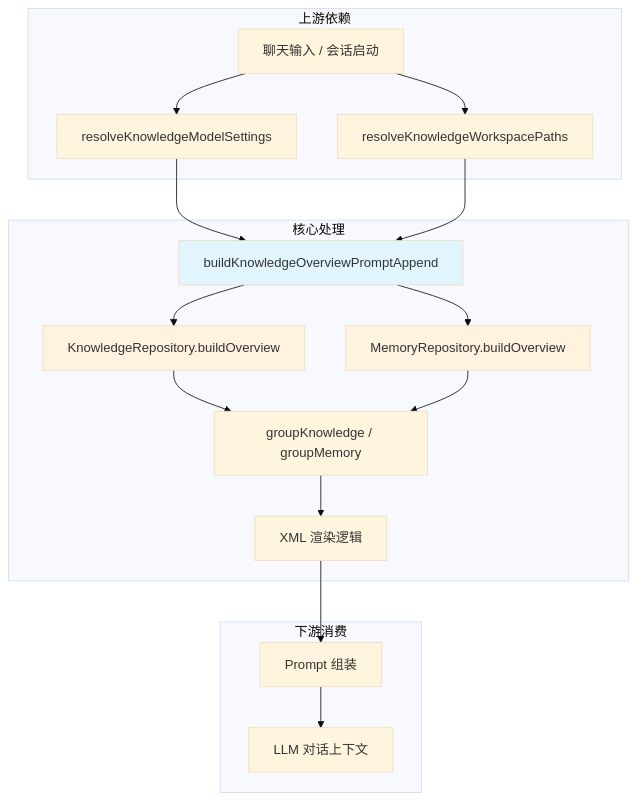
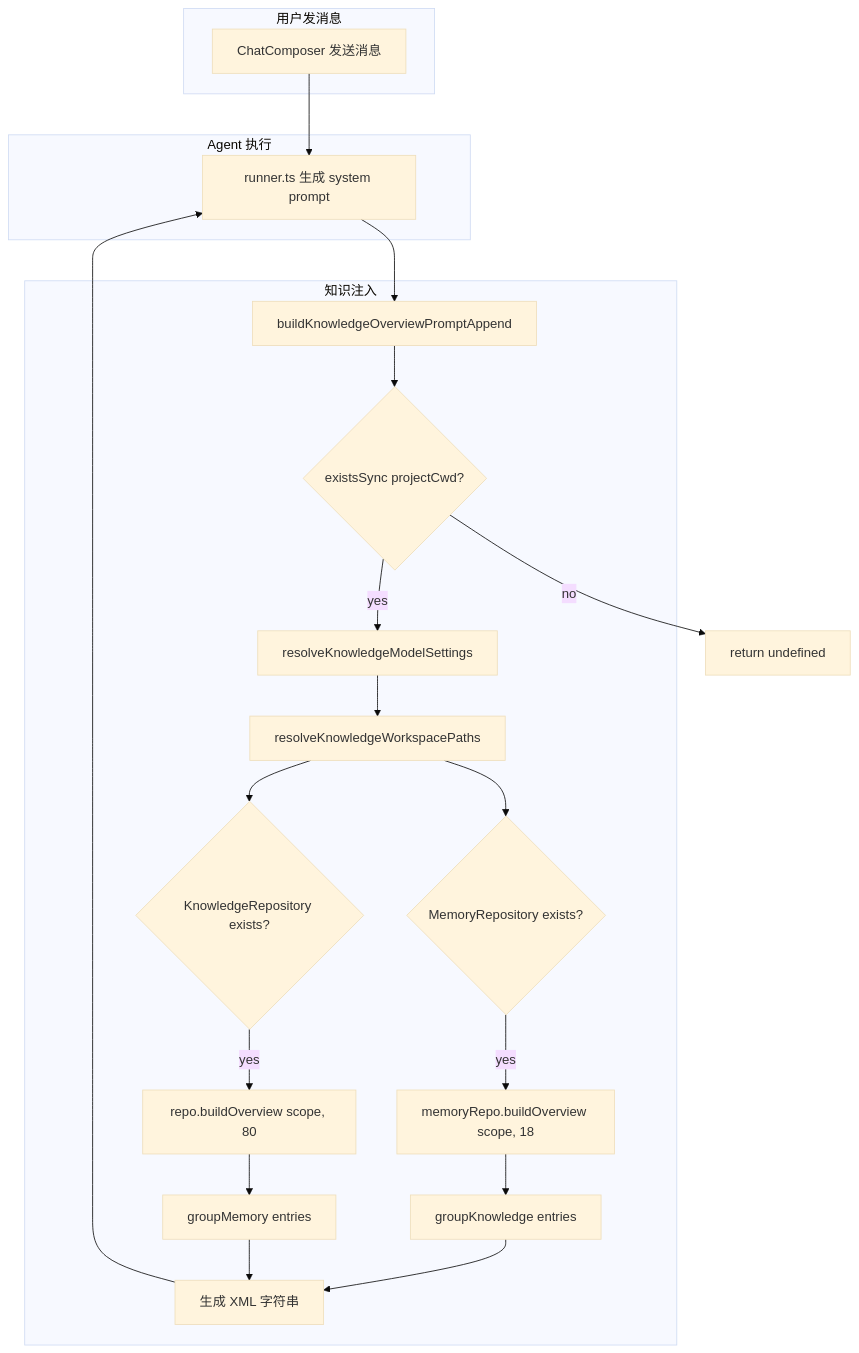
One commit to lst016/tech-cc-hub changed the first of 3 diagrams in .tech/repowiki/zh/content/核心模块规格/知识库后端引擎总览/聊天上下文知识注入.md. Above: the diagram before and after it, drawn with Mermaid (base theme). The commit also changed other lines of this file and 195 other files, not shown here.

````diff
--- a/.tech/repowiki/zh/content/核心模块规格/知识库后端引擎总览/聊天上下文知识注入.md
+++ b/.tech/repowiki/zh/content/核心模块规格/知识库后端引擎总览/聊天上下文知识注入.md
@@ -109,37 +143,36 @@
 ```mermaid
 flowchart TD
-    subgraph upstream["上游依赖"]
-        A["聊天输入 / 会话启动"]
-        B["resolveKnowledgeModelSettings"]
-        C["resolveKnowledgeWorkspacePaths"]
+    subgraph 用户发消息
+    A[ChatComposer 发送消息]
     end
 
-    subgraph core["核心处理"]
-        D["buildKnowledgeOverviewPromptAppend"]
-        E["KnowledgeRepository.buildOverview"]
-        F["MemoryRepository.buildOverview"]
-        G["groupKnowledge / groupMemory"]
-        H["XML 渲染逻辑"]
+    subgraph Agent 执行
+    B[runner.ts 生成 system prompt]
     end
 
-    subgraph downstream["下游消费"]
-        I["Prompt 组装"]
-        J["LLM 对话上下文"]
+    subgraph 知识注入
+    C[buildKnowledgeOverviewPromptAppend]
+    D{existsSync projectCwd?}
+    E[resolveKnowledgeModelSettings]
+    F[resolveKnowledgeWorkspacePaths]
+    G{KnowledgeRepository exists?}
+    H[repo.buildOverview scope, 80]
+    I{MemoryRepository exists?}
+    J[memoryRepo.buildOverview scope, 18]
+    K[groupKnowledge entries]
+    L[groupMemory entries]
+    M[生成 XML 字符串]
     end
 
-    A --> B
-    A --> C
-    B --> D
+    A --> B --> C
     C --> D
-    D --> E
-    D --> F
-    E --> G
+    D -->|yes| E --> F
     F --> G
-    G --> H
-    H --> I
-    I --> J
-
-    style D fill:#e1f5fe
-    style E fill:#fff3e0
-    style F fill:#fff3e0
+    G -->|yes| H --> L
+    D -->|no| return_undefined[return undefined]
+    F --> I
+    I -->|yes| J --> K
+    K --> M
+    L --> M
+    M --> B
 ```
````
